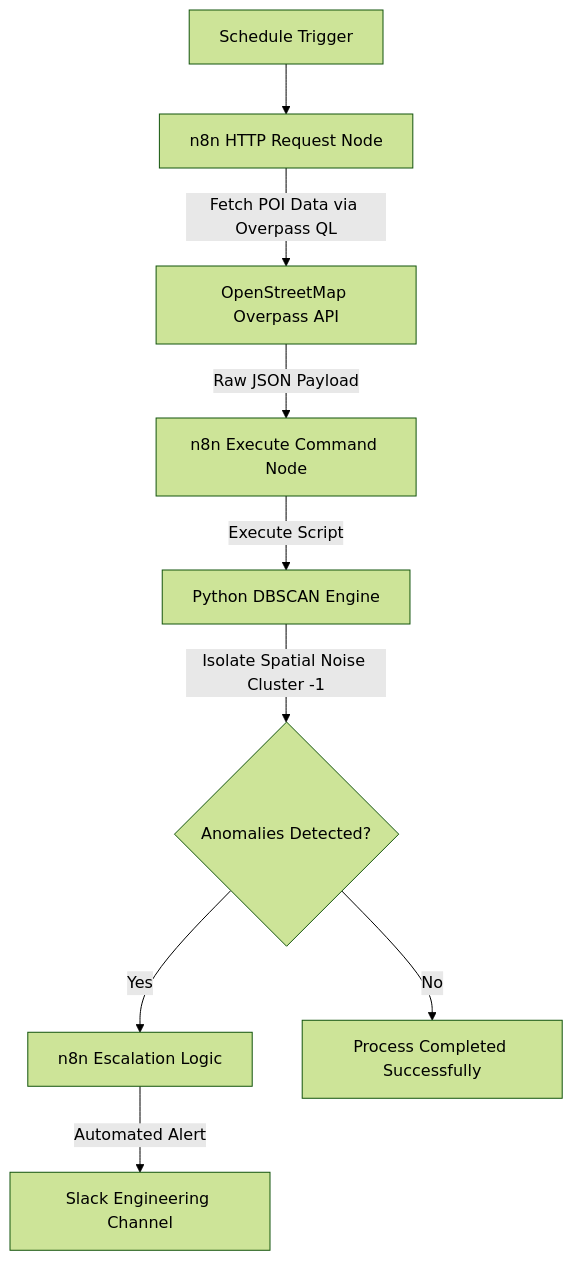
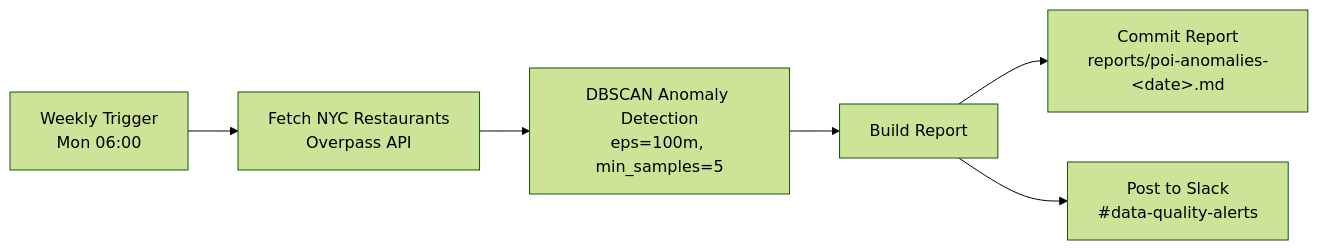
The diagram in README.md (natasatapic15/Automated-POI-Data-Quality-Assurance-Workflow), drawn with Mermaid (forest theme) before and after one commit. The commit also changed other lines of this file, not shown here.

````diff
--- a/README.md
+++ b/README.md
@@ -25,12 +33,12 @@
 ```mermaid
-graph TD
-    A[Schedule Trigger] --> B[n8n HTTP Request Node]
-    B -->|Fetch POI Data via Overpass QL| C[OpenStreetMap Overpass API]
-    C -->|Raw JSON Payload| D[n8n Execute Command Node]
-    D -->|Execute Script| E[Python DBSCAN Engine]
-    E -->|Isolate Spatial Noise Cluster -1| F{"Anomalies Detected?"}
-    F -->|Yes| G[n8n Escalation Logic]
-    F -->|No| H[Process Completed Successfully]
-    G -->|Automated Alert| I[Slack Engineering Channel] 
-    
+flowchart LR
+    A[Weekly Trigger<br/>Mon 06:00]
+    B[Fetch NYC Restaurants<br/>Overpass API]
+    C[DBSCAN Anomaly Detection<br/>eps=100m, min_samples=5]
+    D[Build Report]
+    E[Commit Report<br/>reports/poi-anomalies-&lt;date&gt;.md]
+    F[Post to Slack<br/>#data-quality-alerts]
+
+    A --> B --> C --> D --> E
+    D --> F
 ```
````
